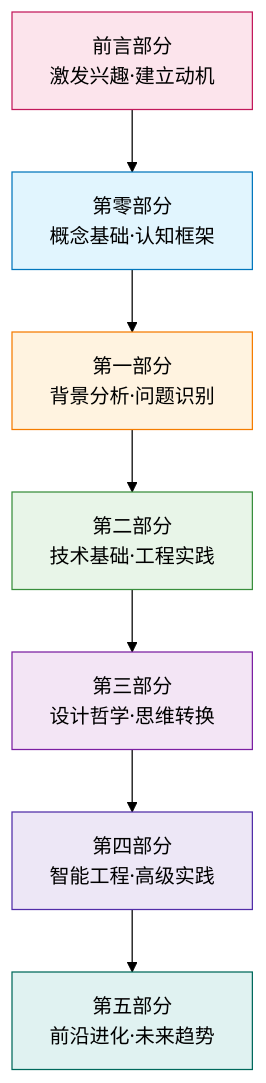
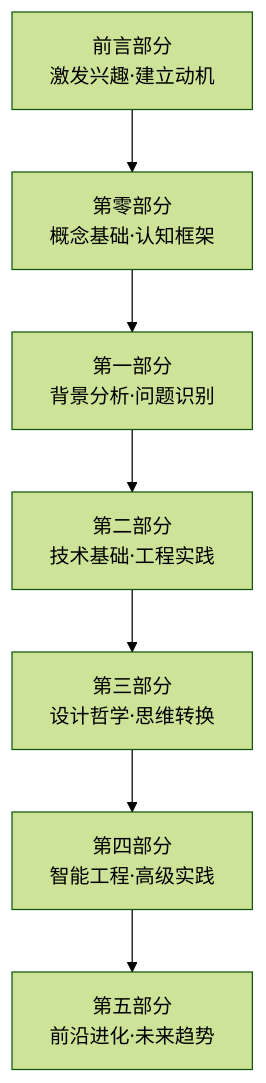
The first of 7 diagrams in 前言部分/如何使用本书.md (youyoude/agi-app-dev-guide-book), drawn with Mermaid (forest theme) before and after one commit. The commit also changed other lines of this file and 4 other files, not shown here.

````diff
--- a/前言部分/如何使用本书.md
+++ b/前言部分/如何使用本书.md
@@ -21,25 +21,10 @@
 ```mermaid
 graph TB
     A[前言部分<br/>激发兴趣·建立动机] --> B[第零部分<br/>概念基础·认知框架]
     B --> C[第一部分<br/>背景分析·问题识别]
     C --> D[第二部分<br/>技术基础·工程实践]
     D --> E[第三部分<br/>设计哲学·思维转换]
     E --> F[第四部分<br/>智能工程·高级实践]
     F --> G[第五部分<br/>前沿进化·未来趋势]
     
-    classDef preface fill:#fce4ec,stroke:#c2185b
-    classDef foundation fill:#e1f5fe,stroke:#0277bd
-    classDef analysis fill:#fff3e0,stroke:#f57c00
-    classDef technical fill:#e8f5e8,stroke:#388e3c
-    classDef philosophy fill:#f3e5f5,stroke:#7b1fa2
-    classDef advanced fill:#ede7f6,stroke:#512da8
-    classDef future fill:#e0f2f1,stroke:#00695c
-    
-    class A preface
-    class B foundation
-    class C analysis
-    class D technical
-    class E philosophy
-    class F advanced
-    class G future
 ```
````
